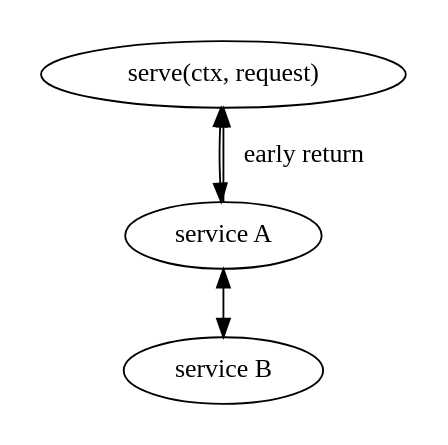
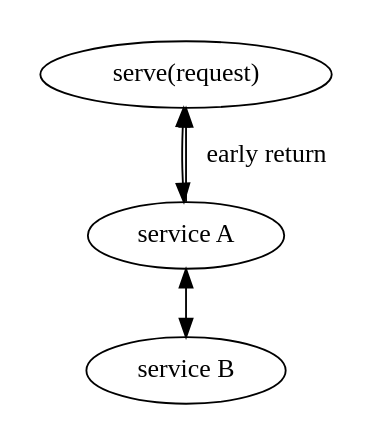
Before and after one commit to plabayo/rama: the second of 3 diagrams in docs/book/src/intro/service_branches.md, drawn with Graphviz. The commit also changed other lines of this file and 246 other files, not shown here.

````diff
--- a/docs/book/src/intro/service_branches.md
+++ b/docs/book/src/intro/service_branches.md
@@ -62,8 +62,8 @@
 ```dot process
 digraph {
     pad=0.2;
-    "serve(ctx, request)" -> "service A" [dir=both]
+    "serve(request)" -> "service A" [dir=both]
     "service A" -> "service B" [dir=both]
-    "service A" -> "serve(ctx, request)" [label="early return"]
+    "service A" -> "serve(request)" [label="early return"]
 }
 ```
````
